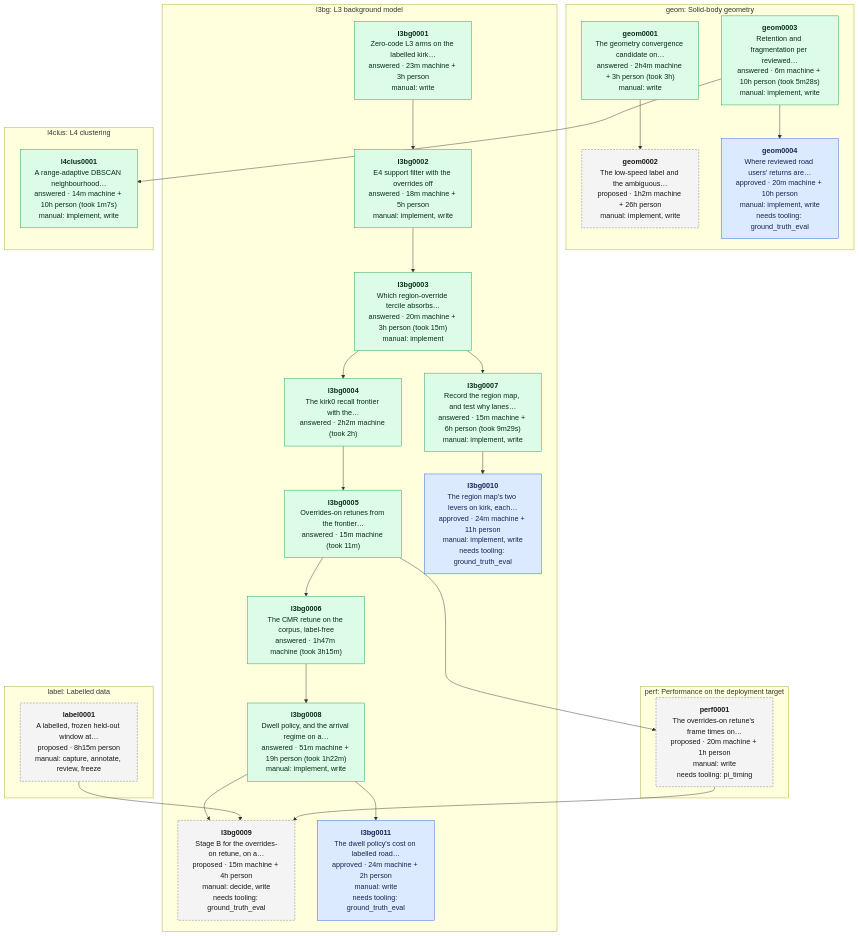
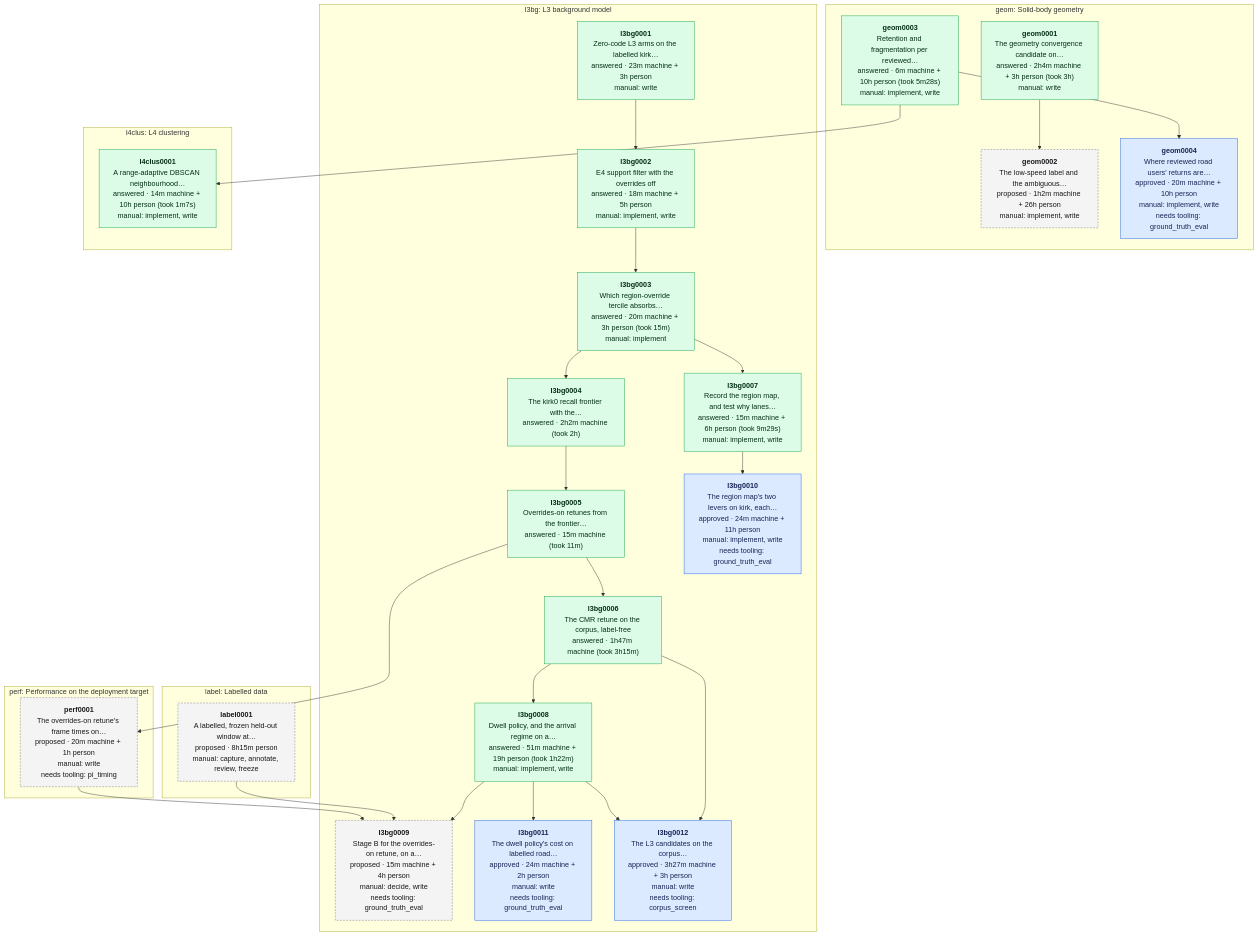
The diagram in data/experiments/DEPENDENCIES.md (banshee-data/velocity.report), drawn with Mermaid before and after one commit. The commit also changed other lines of this file and 1 other file, not shown here.

Commit message:
[ai][docs] Spec l3bg0012: the L3 candidates on the corpus, label-free, with the dwell policy
The shipped L3, CMR and CMR with dwell_policy on the first segment of the 23 corpus sites, as
l3bg0006 ran; a lever from l3bg0010 that passes on kirk joins as an arm once that experiment is
answered. The screen adds, for each absorption, whether a track starts within 2 m in the next
60 s, against the same points on CMR without the policy.

````diff
--- a/data/experiments/DEPENDENCIES.md
+++ b/data/experiments/DEPENDENCIES.md
@@ -7,51 +7,54 @@
 ```mermaid
 flowchart TB
   classDef proposed fill:#f4f4f5,stroke:#71717a,stroke-dasharray:4 3,color:#18181b
   classDef approved fill:#dbeafe,stroke:#2563eb,color:#172554
   classDef answered fill:#dcfce7,stroke:#16a34a,color:#052e16
   classDef retired fill:#fafafa,stroke:#d4d4d8,color:#71717a
   subgraph area_geom ["geom: Solid-body geometry"]
     geom0001["<b>geom0001</b><br/>The geometry convergence candidate on…<br/>answered · 2h4m machine + 3h person (took 3h)<br/>manual: write"]:::answered
     geom0002["<b>geom0002</b><br/>The low-speed label and the ambiguous…<br/>proposed · 1h2m machine + 26h person<br/>manual: implement, write"]:::proposed
     geom0003["<b>geom0003</b><br/>Retention and fragmentation per reviewed…<br/>answered · 6m machine + 10h person (took 5m28s)<br/>manual: implement, write"]:::answered
     geom0004["<b>geom0004</b><br/>Where reviewed road users' returns are…<br/>approved · 20m machine + 10h person<br/>manual: implement, write<br/>needs tooling: ground_truth_eval"]:::approved
   end
   subgraph area_l3bg ["l3bg: L3 background model"]
     l3bg0001["<b>l3bg0001</b><br/>Zero-code L3 arms on the labelled kirk…<br/>answered · 23m machine + 3h person<br/>manual: write"]:::answered
     l3bg0002["<b>l3bg0002</b><br/>E4 support filter with the overrides off<br/>answered · 18m machine + 5h person<br/>manual: implement, write"]:::answered
     l3bg0003["<b>l3bg0003</b><br/>Which region-override tercile absorbs…<br/>answered · 20m machine + 3h person (took 15m)<br/>manual: implement"]:::answered
     l3bg0004["<b>l3bg0004</b><br/>The kirk0 recall frontier with the…<br/>answered · 2h2m machine (took 2h)"]:::answered
     l3bg0005["<b>l3bg0005</b><br/>Overrides-on retunes from the frontier…<br/>answered · 15m machine (took 11m)"]:::answered
     l3bg0006["<b>l3bg0006</b><br/>The CMR retune on the corpus, label-free<br/>answered · 1h47m machine (took 3h15m)"]:::answered
     l3bg0007["<b>l3bg0007</b><br/>Record the region map, and test why lanes…<br/>answered · 15m machine + 6h person (took 9m29s)<br/>manual: implement, write"]:::answered
     l3bg0008["<b>l3bg0008</b><br/>Dwell policy, and the arrival regime on a…<br/>answered · 51m machine + 19h person (took 1h22m)<br/>manual: implement, write"]:::answered
     l3bg0009["<b>l3bg0009</b><br/>Stage B for the overrides-on retune, on a…<br/>proposed · 15m machine + 4h person<br/>manual: decide, write<br/>needs tooling: ground_truth_eval"]:::proposed
     l3bg0010["<b>l3bg0010</b><br/>The region map's two levers on kirk, each…<br/>approved · 24m machine + 11h person<br/>manual: implement, write<br/>needs tooling: ground_truth_eval"]:::approved
     l3bg0011["<b>l3bg0011</b><br/>The dwell policy's cost on labelled road…<br/>approved · 24m machine + 2h person<br/>manual: write<br/>needs tooling: ground_truth_eval"]:::approved
+    l3bg0012["<b>l3bg0012</b><br/>The L3 candidates on the corpus…<br/>approved · 3h27m machine + 3h person<br/>manual: write<br/>needs tooling: corpus_screen"]:::approved
   end
   subgraph area_l4clus ["l4clus: L4 clustering"]
     l4clus0001["<b>l4clus0001</b><br/>A range-adaptive DBSCAN neighbourhood…<br/>answered · 14m machine + 10h person (took 1m7s)<br/>manual: implement, write"]:::answered
   end
   subgraph area_label ["label: Labelled data"]
     label0001["<b>label0001</b><br/>A labelled, frozen held-out window at…<br/>proposed · 8h15m person<br/>manual: capture, annotate, review, freeze"]:::proposed
   end
   subgraph area_perf ["perf: Performance on the deployment target"]
     perf0001["<b>perf0001</b><br/>The overrides-on retune's frame times on…<br/>proposed · 20m machine + 1h person<br/>manual: write<br/>needs tooling: pi_timing"]:::proposed
   end
   geom0001 --> geom0002
   geom0003 --> geom0004
   l3bg0001 --> l3bg0002
   l3bg0002 --> l3bg0003
   l3bg0003 --> l3bg0004
   l3bg0004 --> l3bg0005
   l3bg0005 --> l3bg0006
   l3bg0003 --> l3bg0007
   l3bg0006 --> l3bg0008
   l3bg0008 --> l3bg0009
   label0001 --> l3bg0009
   perf0001 --> l3bg0009
   l3bg0007 --> l3bg0010
   l3bg0008 --> l3bg0011
+  l3bg0006 --> l3bg0012
+  l3bg0008 --> l3bg0012
   geom0003 --> l4clus0001
   l3bg0005 --> perf0001
 ```
````
